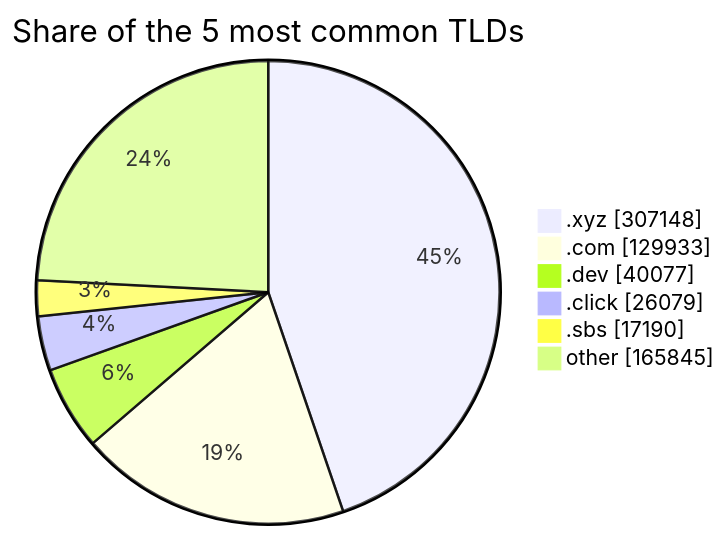
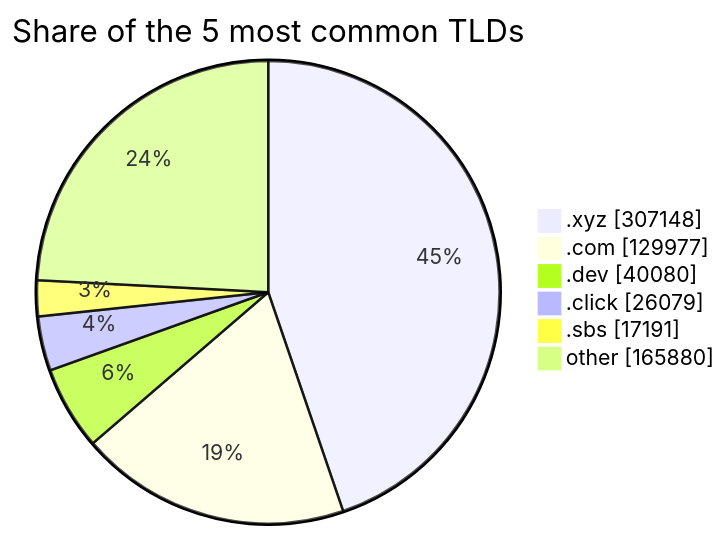
The third of 3 diagrams in README.md (DNSBunker/CTI), drawn with Mermaid before and after one commit. The commit also changed other lines of this file and 3 other files, not shown here.

````diff
--- a/README.md
+++ b/README.md
@@ -81,9 +81,9 @@
 ```mermaid
 pie showData title Share of the 5 most common TLDs
     ".xyz" : 307148
-    ".com" : 129933
-    ".dev" : 40077
+    ".com" : 129977
+    ".dev" : 40080
     ".click" : 26079
-    ".sbs" : 17190
-    "other" : 165845
+    ".sbs" : 17191
+    "other" : 165880
 ```
````
